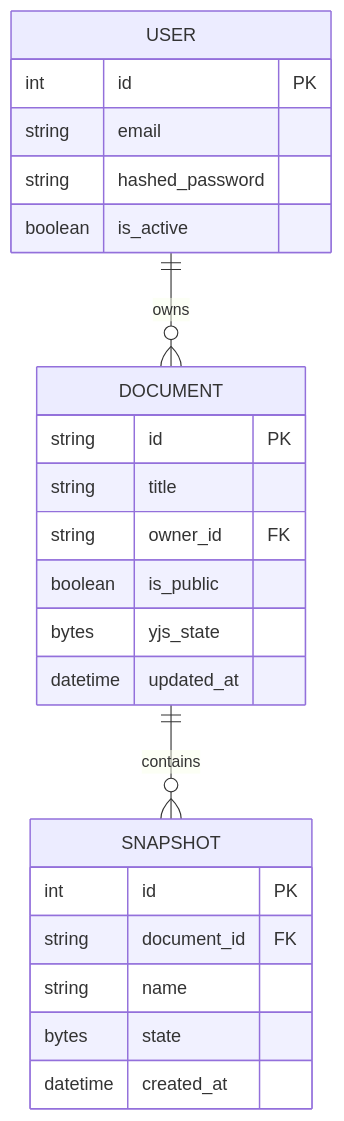
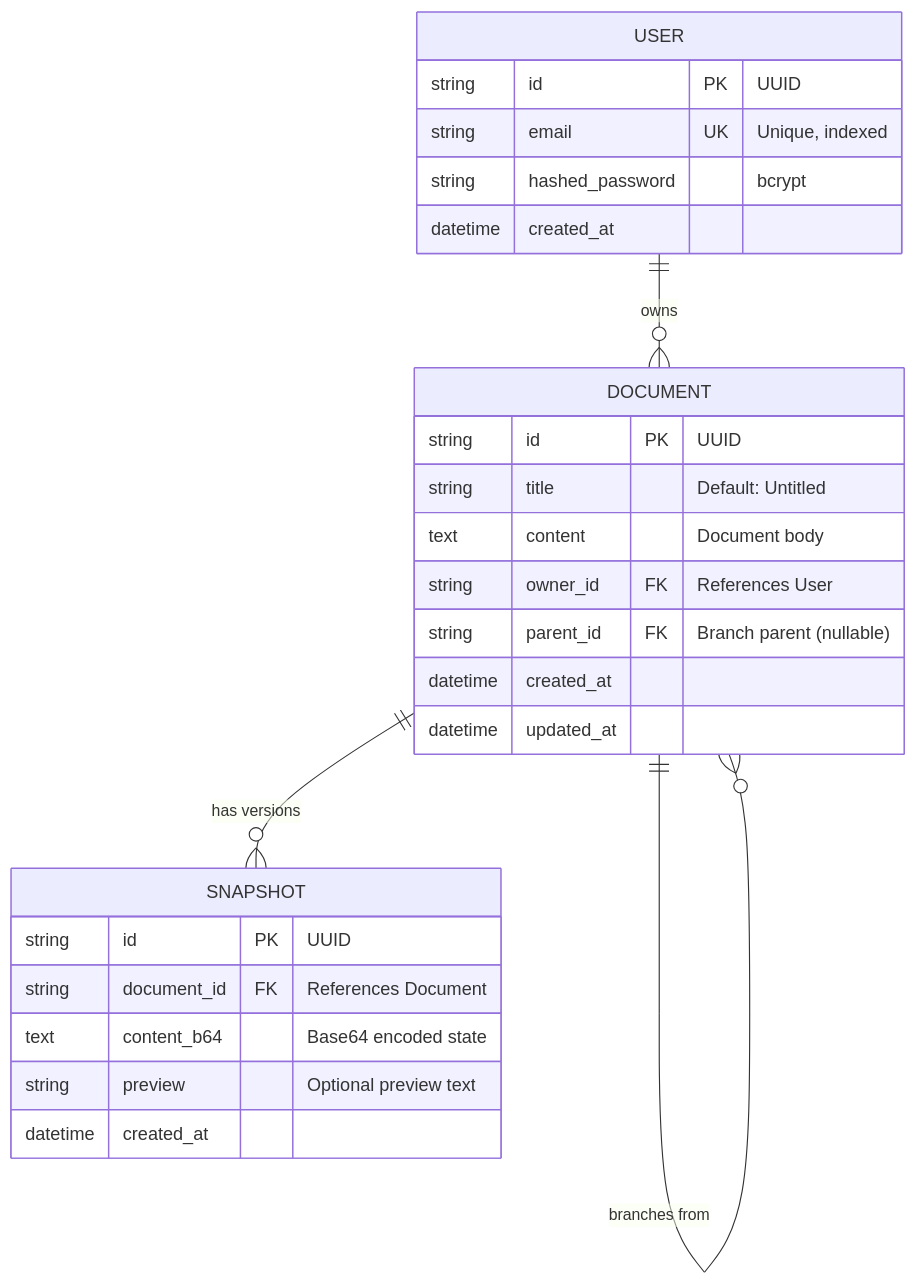
Before and after one commit to Panchadip-128/Syncpad-Distributed-State-Synchronization-Engine: the fourth of 4 diagrams in README.md, drawn with Mermaid. The commit also changed other lines of this file, not shown here.

Commit message:
docs: comprehensive README with architecture diagrams, feature matrix, tech stack, deployment guides, and AI benchmarks

````diff
--- a/README.md
+++ b/README.md
@@ -120,26 +254,28 @@
 ```mermaid
 erDiagram
     USER ||--o{ DOCUMENT : "owns"
     USER {
-        int id PK
-        string email
-        string hashed_password
-        boolean is_active
+        string id PK "UUID"
+        string email UK "Unique, indexed"
+        string hashed_password "bcrypt"
+        datetime created_at
     }
-    DOCUMENT ||--o{ SNAPSHOT : "contains"
+    DOCUMENT ||--o{ SNAPSHOT : "has versions"
+    DOCUMENT ||--o{ DOCUMENT : "branches from"
     DOCUMENT {
-        string id PK
-        string title
-        string owner_id FK
-        boolean is_public
-        bytes yjs_state
+        string id PK "UUID"
+        string title "Default: Untitled"
+        text content "Document body"
+        string owner_id FK "References User"
+        string parent_id FK "Branch parent (nullable)"
+        datetime created_at
         datetime updated_at
     }
     SNAPSHOT {
-        int id PK
-        string document_id FK
-        string name
-        bytes state
+        string id PK "UUID"
+        string document_id FK "References Document"
+        text content_b64 "Base64 encoded state"
+        string preview "Optional preview text"
         datetime created_at
     }
 ```
````
